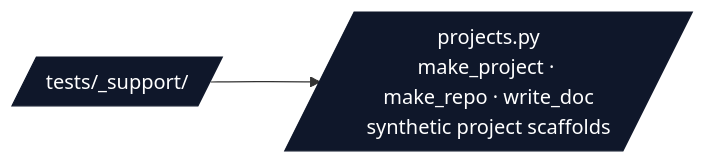
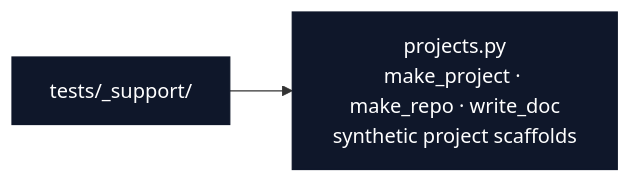
The diagram in tests/_support/AGENTS.md (docxology/template), drawn with Mermaid before and after one commit. The commit also changed 94 other files, not shown here.

````diff
--- a/tests/_support/AGENTS.md
+++ b/tests/_support/AGENTS.md
@@ -12,8 +12,8 @@
 ```mermaid
 flowchart LR
-    S[/tests/_support//]
-    S --> P[/projects.py<br/>make_project · make_repo · write_doc<br/>synthetic project scaffolds/]
+    S[tests/_support/]
+    S --> P[projects.py<br/>make_project · make_repo · write_doc<br/>synthetic project scaffolds]
 
     classDef d fill:#0f172a,stroke:#0f172a,color:#fff
     class S,P d
 ```
````
